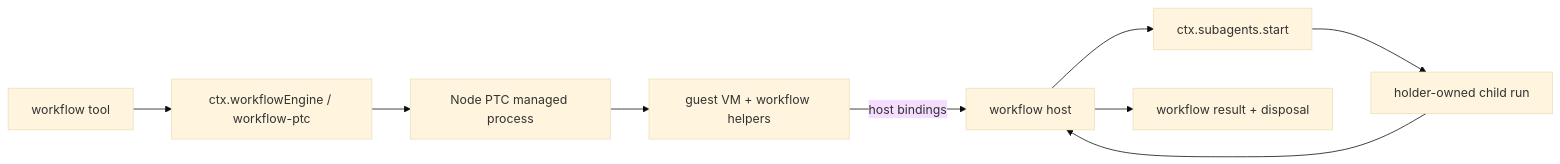
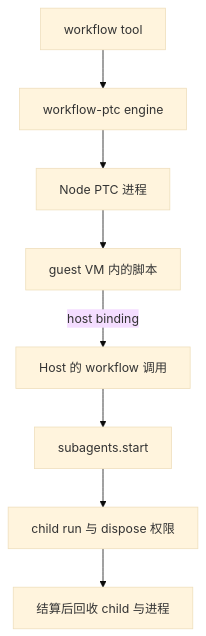
The diagram in how-dsh-works/06-subagent-and-workflow.md (eriklee1895/hands-on-dsh), drawn with Mermaid (base theme) before and after one commit. The commit also changed other lines of this file and 86 other files, not shown here.

Commit message:
docs: improve course narrative, technical guidance, and diagrams

````diff
--- a/how-dsh-works/06-subagent-and-workflow.md
+++ b/how-dsh-works/06-subagent-and-workflow.md
@@ -34,11 +35,10 @@
 ```mermaid
-flowchart LR
-    T["workflow tool"] --> E["ctx.workflowEngine / workflow-ptc"]
-    E --> P["Node PTC managed process"]
-    P --> G["guest VM + workflow helpers"]
-    G -->|"host bindings"| H["workflow host"]
-    H --> S["ctx.subagents.start"]
-    S --> C["holder-owned child run"]
-    C --> H
-    H --> R["workflow result + disposal"]
+flowchart TD
+    T["workflow tool"] --> E["workflow-ptc engine"]
+    E --> P["Node PTC 进程"]
+    P --> G["guest VM 内的脚本"]
+    G -->|"host binding"| H["Host 的 workflow 调用"]
+    H --> S["subagents.start"]
+    S --> C["child run 与 dispose 权限"]
+    C --> R["结算后回收 child 与进程"]
 ```
````
